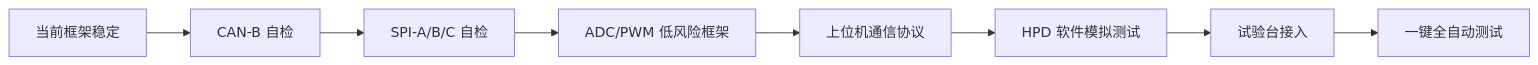
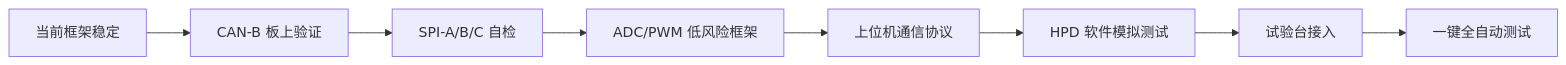
Before and after one commit to zhouyinqi/Lab14_Example_2837xD_IIC_liushui: the second of 2 diagrams in 设计方案大纲-当前进度.md, drawn with Mermaid. The commit also changed other lines of this file and 11 other files, not shown here.

````diff
--- a/设计方案大纲-当前进度.md
+++ b/设计方案大纲-当前进度.md
@@ -135,10 +137,10 @@
 ```mermaid
 flowchart LR
-    A["当前框架稳定"] --> B["CAN-B 自检"]
+    A["当前框架稳定"] --> B["CAN-B 板上验证"]
     B --> C["SPI-A/B/C 自检"]
     C --> D["ADC/PWM 低风险框架"]
     D --> E["上位机通信协议"]
     E --> F["HPD 软件模拟测试"]
     F --> G["试验台接入"]
     G --> H["一键全自动测试"]
 ```
````
